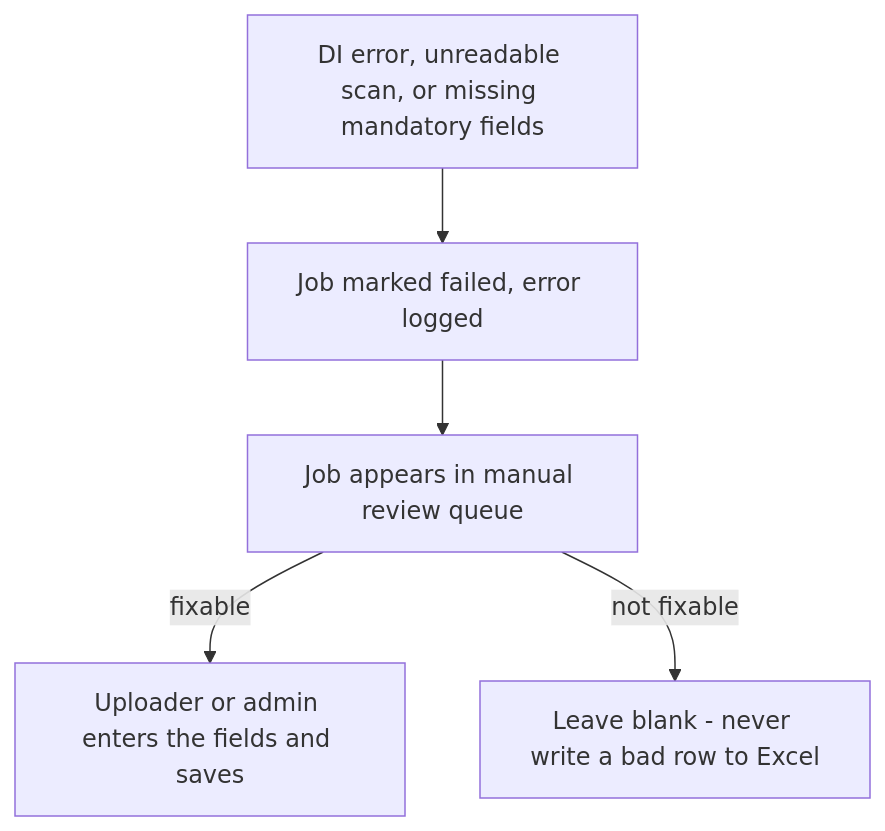
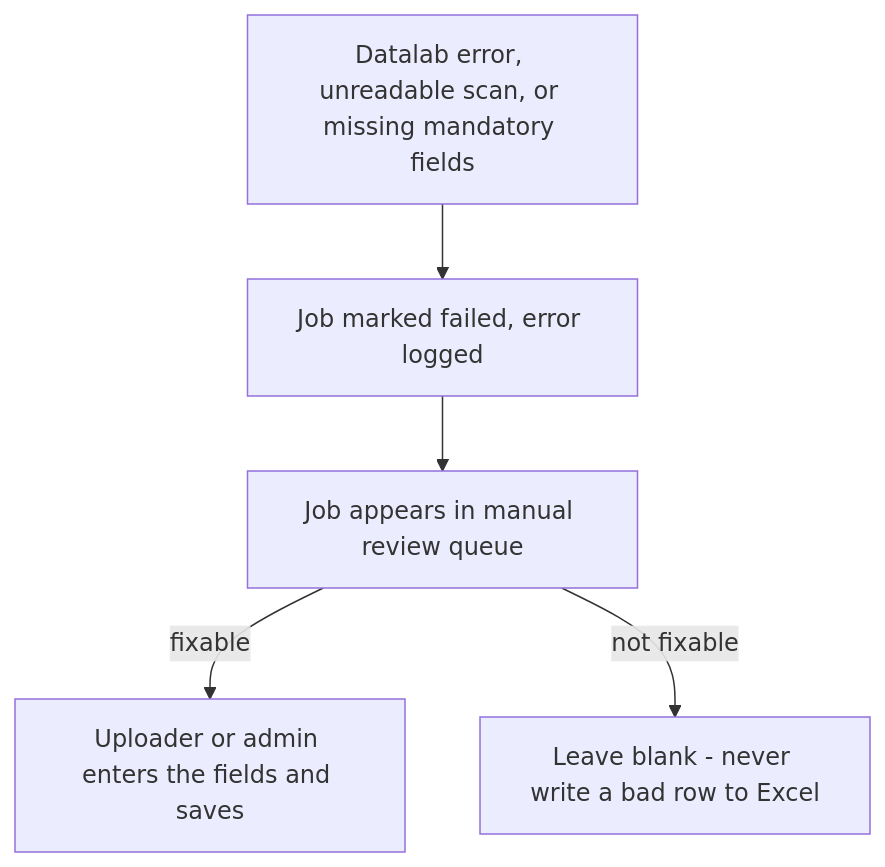
Before and after one commit to LaxmiKhilnani-nhit/Bank-Guarantee-Automation: the fourth of 4 diagrams in plan/05-flows.md, drawn with Mermaid. The commit also changed other lines of this file and 22 other files, not shown here.

````diff
--- a/plan/05-flows.md
+++ b/plan/05-flows.md
@@ -72,7 +72,7 @@
 ```mermaid
 flowchart TD
-  X["DI error, unreadable scan, or missing mandatory fields"] --> F["Job marked failed, error logged"]
+  X["Datalab error, unreadable scan, or missing mandatory fields"] --> F["Job marked failed, error logged"]
   F --> M["Job appears in manual review queue"]
   M -->|"fixable"| R["Uploader or admin enters the fields and saves"]
   M -->|"not fixable"| B["Leave blank - never write a bad row to Excel"]
 ```
````
